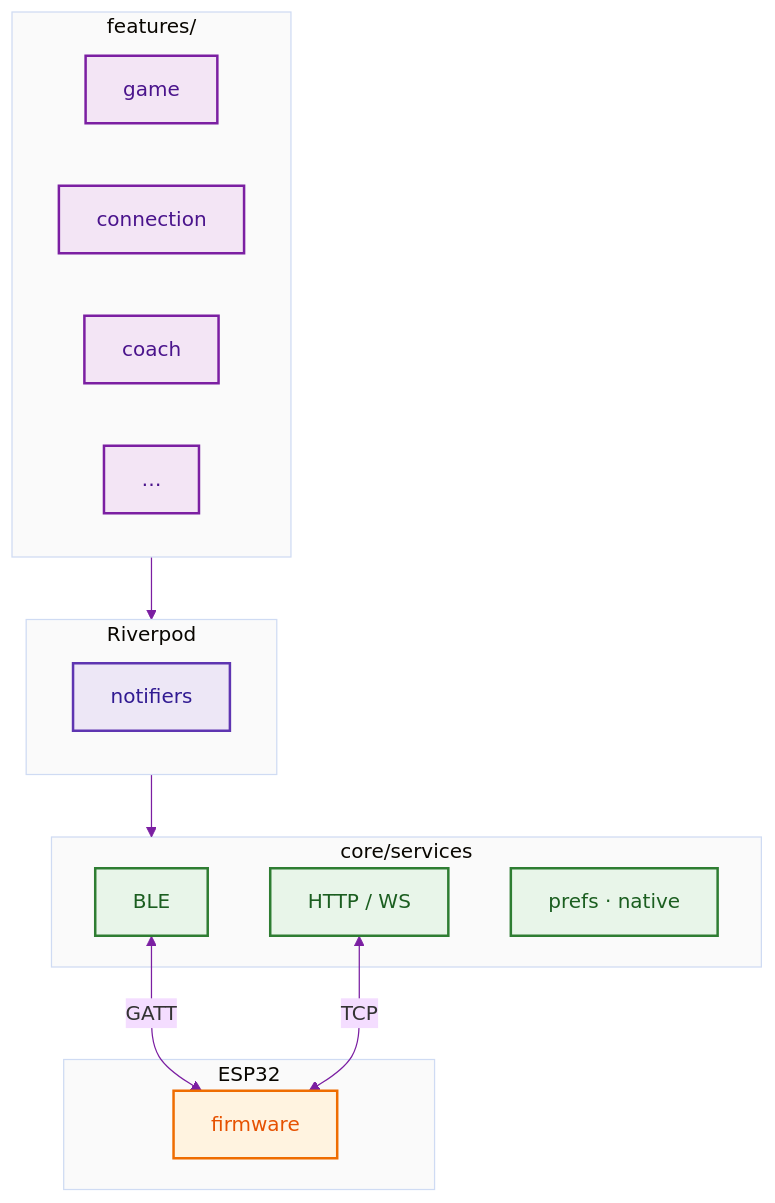
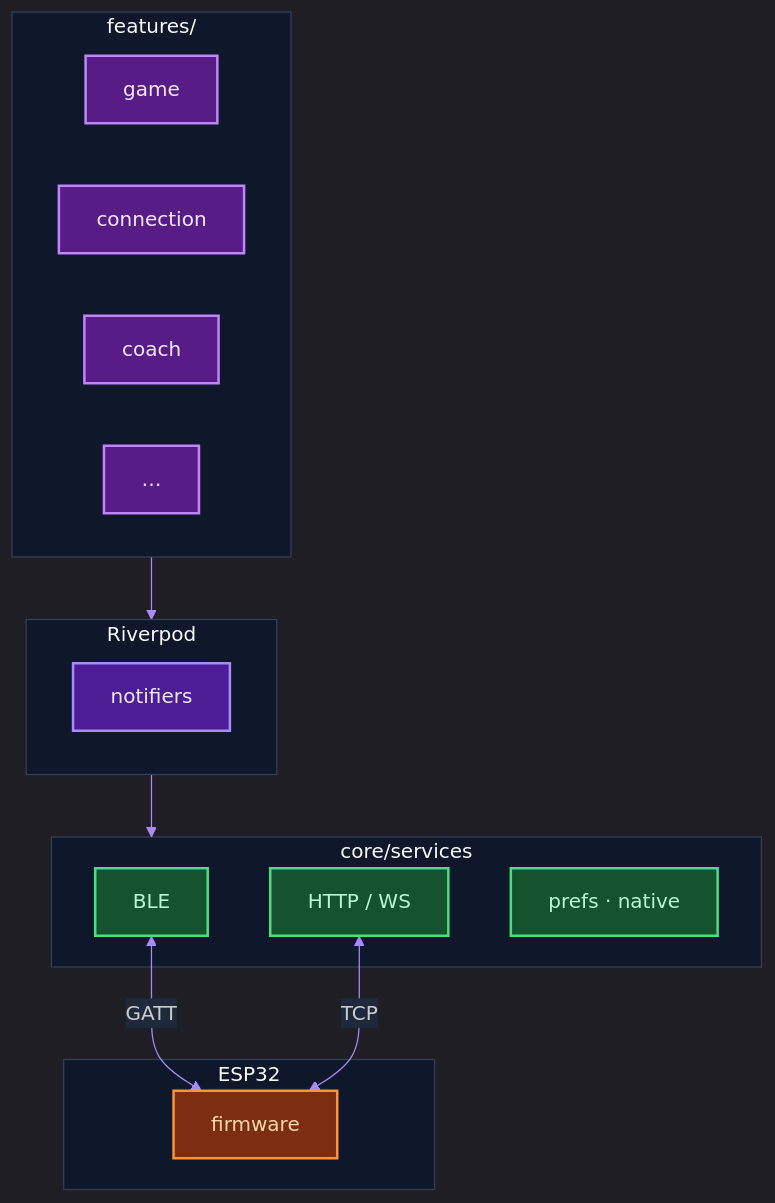
One commit to AlfredKrutina/chess_esp32_c6_devkit changed the first of 5 diagrams in docs/flutter/README.md. Above: the diagram before and after it, drawn with Mermaid. The commit also changed other lines of this file and 97 other files, not shown here.

Commit message:
more diagrams

````diff
--- a/docs/flutter/README.md
+++ b/docs/flutter/README.md
@@ -16,30 +20,30 @@
 ```mermaid
-%%{init: {'theme':'base', 'themeVariables': {'lineColor':'#7b1fa2','clusterBkg':'#fafafa'}}}%%
+%%{init: {'theme':'dark','themeVariables':{'lineColor':'#a78bfa','clusterBkg':'#0f172a','clusterBorder':'#334155','primaryTextColor':'#f1f5f9','edgeLabelBackground':'#1e293b','titleColor':'#f8fafc'}}}%%
 flowchart TB
   subgraph UI["features/"]
     direction LR
     GA[game]:::u
     CN[connection]:::u
     CH[coach]:::u
     XX[…]:::u
   end
   subgraph RP["Riverpod"]
     NT[notifiers]:::r
   end
   subgraph SV["core/services"]
     BLE[BLE]:::s
     HTTP[HTTP / WS]:::s
     PF[prefs · native]:::s
   end
   subgraph BD["ESP32"]
     FW[firmware]:::e
   end
   UI --> RP --> SV
   BLE <-->|GATT| FW
   HTTP <-->|TCP| FW
 
-  classDef u fill:#f3e5f5,stroke:#7b1fa2,stroke-width:2px,color:#4a148c
-  classDef r fill:#ede7f6,stroke:#5e35b1,stroke-width:2px,color:#311b92
-  classDef s fill:#e8f5e9,stroke:#2e7d32,stroke-width:2px,color:#1b5e20
-  classDef e fill:#fff3e0,stroke:#ef6c00,stroke-width:2px,color:#e65100
+  classDef u fill:#581c87,stroke:#c084fc,stroke-width:2px,color:#f3e8ff
+  classDef r fill:#4c1d95,stroke:#a78bfa,stroke-width:2px,color:#ede9fe
+  classDef s fill:#14532d,stroke:#4ade80,stroke-width:2px,color:#bbf7d0
+  classDef e fill:#7c2d12,stroke:#fb923c,stroke-width:2px,color:#fed7aa
 ```
````
